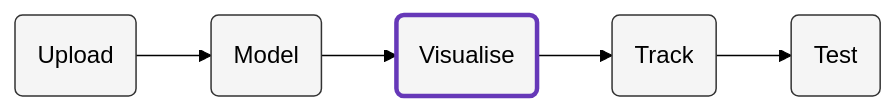
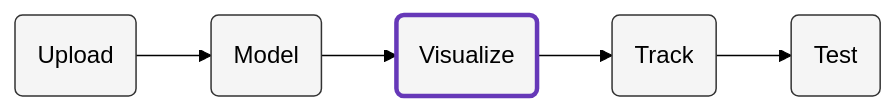
The diagram in content/visualisation/_index.md (snowplow/advanced-analytics-mobile-accelerator), drawn with Mermaid (forest theme) before and after one commit. The commit also changed other lines of this file and 10 other files, not shown here.

```diff
--- a/content/visualisation/_index.md
+++ b/content/visualisation/_index.md
@@ -13,9 +13,9 @@
 {{<mermaid>}}
 flowchart LR
-    id1(Upload)-->id2(Model)-->id3(Visualise)-->id4(Track)-->id6(Test)
+    id1(Upload)-->id2(Model)-->id3(Visualize)-->id4(Track)-->id6(Test)
     style id3 fill:#f5f5f5,stroke:#6638B8,stroke-width:3px
     style id1 fill:#f5f5f5,stroke:#333,stroke-width:1px
     style id4 fill:#f5f5f5,stroke:#333,stroke-width:1px
     style id2 fill:#f5f5f5,stroke:#333,stroke-width:1px
     style id6 fill:#f5f5f5,stroke:#333,stroke-width:1px
 {{</mermaid >}}
```
